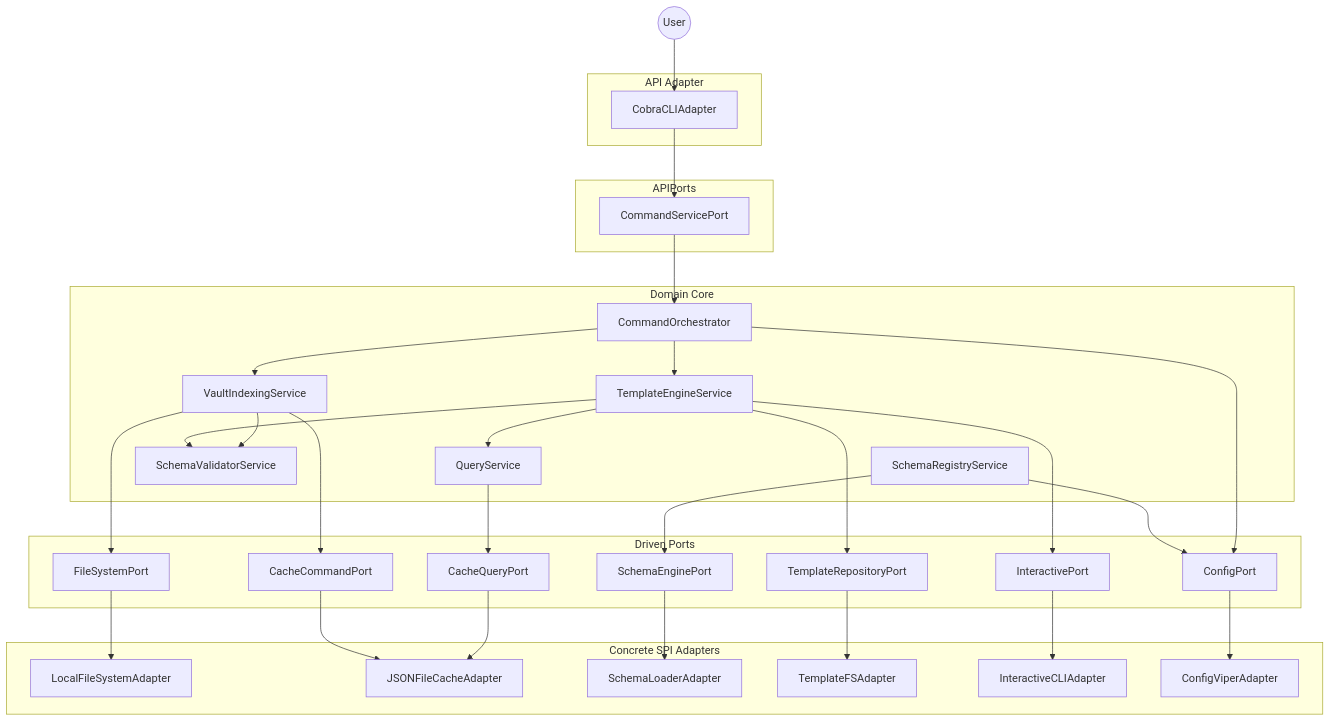
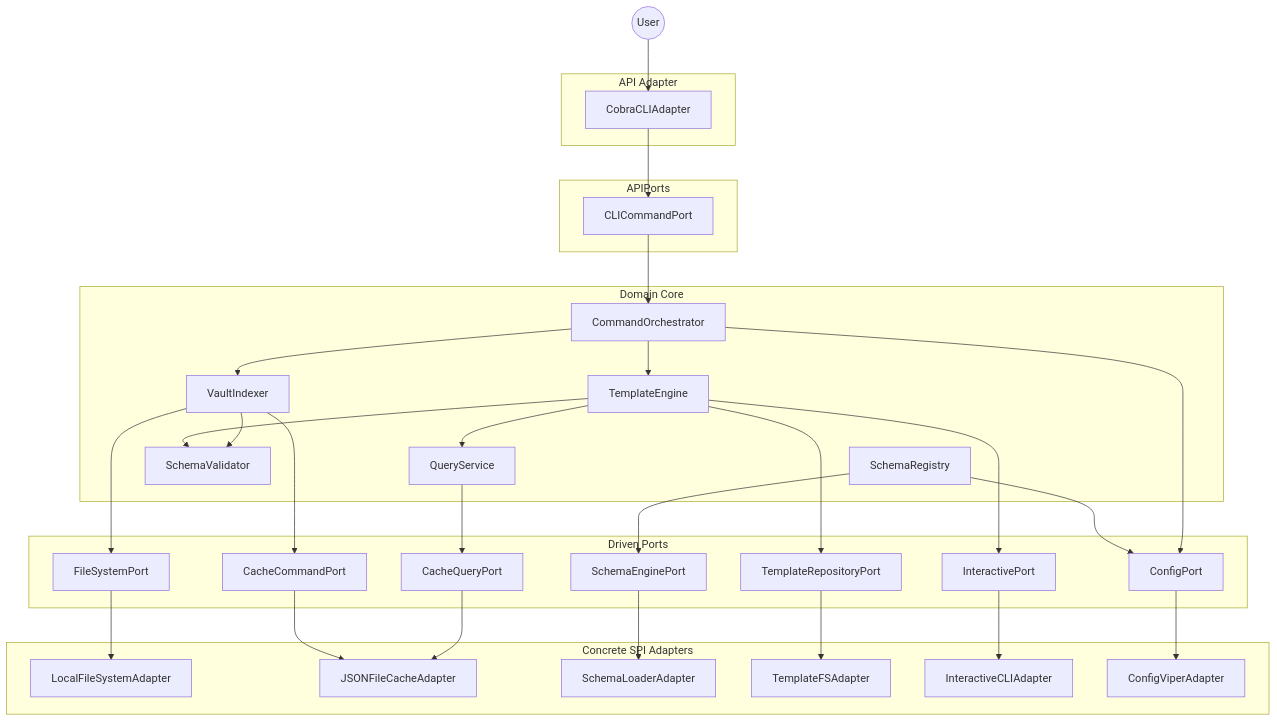
One commit to JackMatanky/lithos changed the diagram in docs/architecture/components.md. Above: the diagram before and after it, drawn with Mermaid. The commit also changed other lines of this file and 3478 other files, not shown here.

````diff
--- a/docs/architecture/components.md
+++ b/docs/architecture/components.md
@@ -435,65 +435,65 @@
 ```mermaid
 graph TD
     User((User))
 
     subgraph APIAdapters[API Adapter]
         CLI[CobraCLIAdapter]
     end
 
     subgraph APIPorts
-        CSP[CommandServicePort]
+        CSP[CLICommandPort]
     end
 
     subgraph DomainCore[Domain Core]
         CO[CommandOrchestrator]
-        TE[TemplateEngineService]
+        TE[TemplateEngine]
         QS[QueryService]
-        SV[SchemaValidatorService]
-        SR[SchemaRegistryService]
-        VI[VaultIndexingService]
+        SV[SchemaValidator]
+        SR[SchemaRegistry]
+        VI[VaultIndexer]
     end
 
     subgraph SPIPorts[Driven Ports]
         FS[FileSystemPort]
         CC[CacheCommandPort]
         CQ[CacheQueryPort]
         SE[SchemaEnginePort]
         TR[TemplateRepositoryPort]
         IP[InteractivePort]
         CP[ConfigPort]
     end
 
     subgraph SPIAdapters[Concrete SPI Adapters]
         LFS[LocalFileSystemAdapter]
         JFC[JSONFileCacheAdapter]
         SLA[SchemaLoaderAdapter]
         TFA[TemplateFSAdapter]
         ICA[InteractiveCLIAdapter]
         CVA[ConfigViperAdapter]
     end
 
     User --> CLI
     CLI --> CSP
     CSP --> CO
     CO --> TE
     CO --> VI
     TE --> QS
     TE --> SV
     VI --> SV
     TE --> IP
     TE --> TR
     VI --> FS
     VI --> CC
     QS --> CQ
     SR --> SE
     SR --> CP
     CO --> CP
 
     FS --> LFS
     CC --> JFC
     CQ --> JFC
     SE --> SLA
     TR --> TFA
     IP --> ICA
     CP --> CVA
 ```
````
